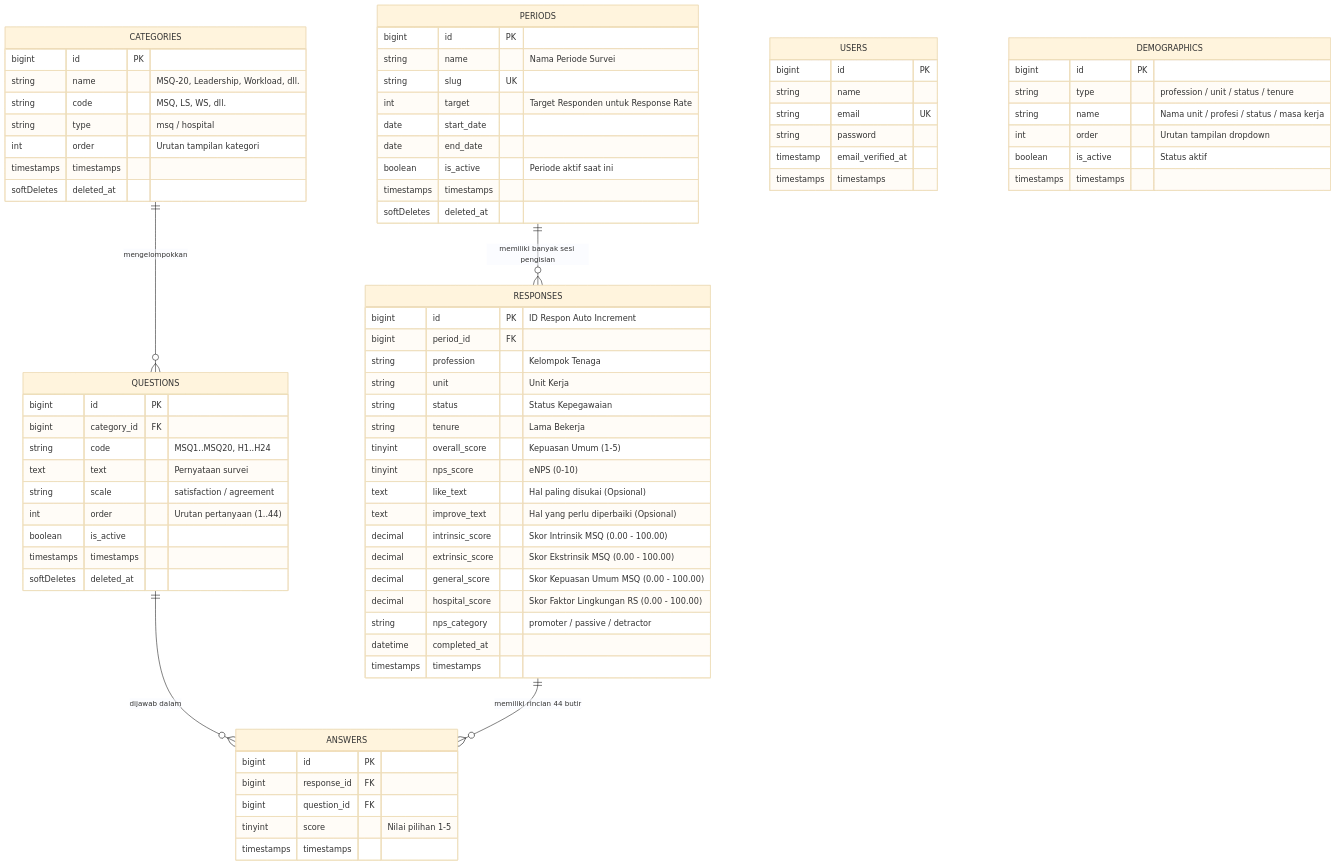
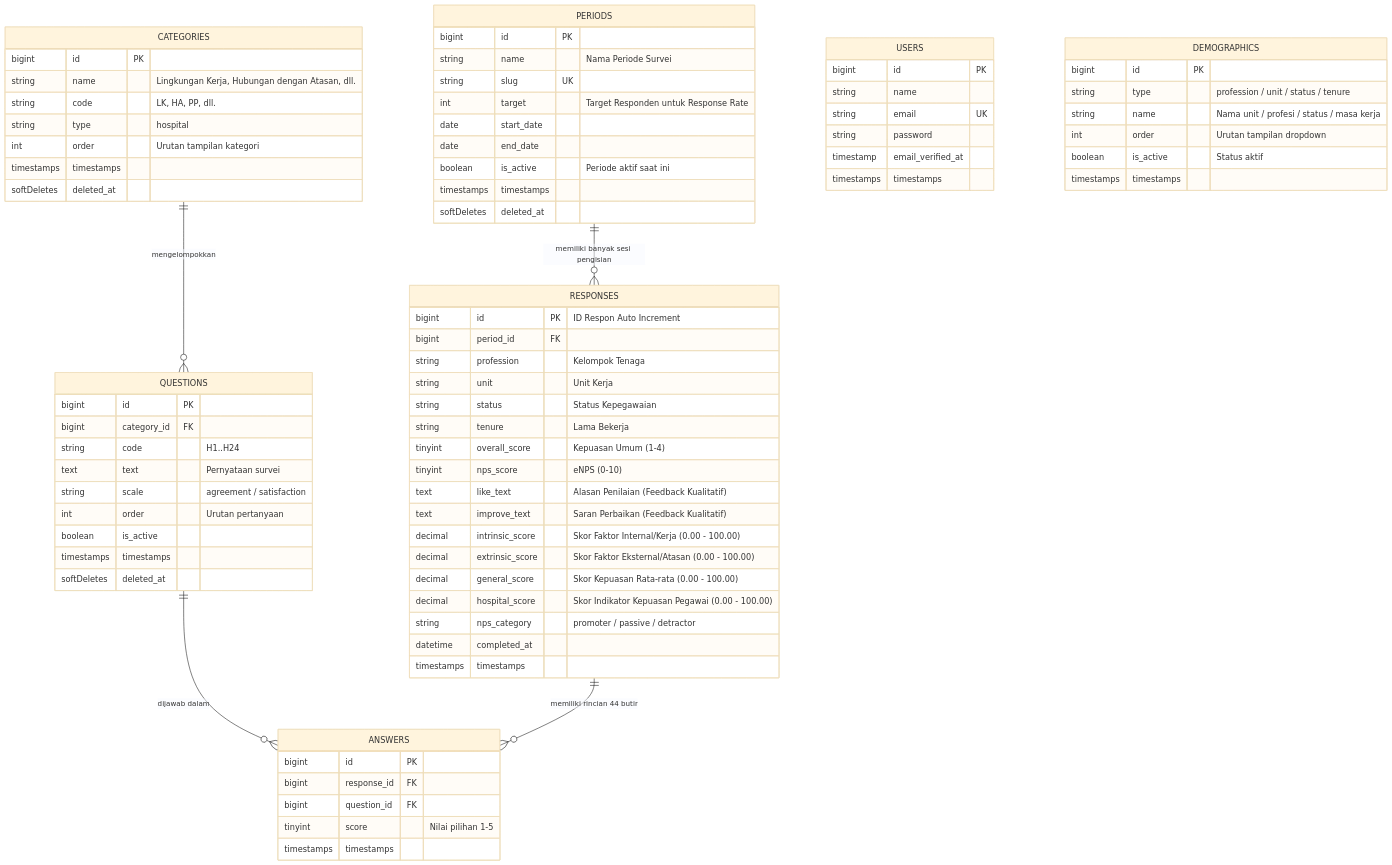
Before and after one commit to Amadd11/HESS: the diagram in docs/erd.md, drawn with Mermaid (base theme). The commit also changed other lines of this file and 60 other files, not shown here.

```diff
--- a/docs/erd.md
+++ b/docs/erd.md
@@ -55,9 +55,9 @@
 
     CATEGORIES {
         bigint id PK
-        string name "MSQ-20, Leadership, Workload, dll."
-        string code "MSQ, LS, WS, dll."
-        string type "msq / hospital"
+        string name "Lingkungan Kerja, Hubungan dengan Atasan, dll."
+        string code "LK, HA, PP, dll."
+        string type "hospital"
         int order "Urutan tampilan kategori"
         timestamps timestamps
         softDeletes deleted_at
@@ -66,10 +66,10 @@
     QUESTIONS {
         bigint id PK
         bigint category_id FK
-        string code "MSQ1..MSQ20, H1..H24"
+        string code "H1..H24"
         text text "Pernyataan survei"
-        string scale "satisfaction / agreement"
-        int order "Urutan pertanyaan (1..44)"
+        string scale "agreement / satisfaction"
+        int order "Urutan pertanyaan"
         boolean is_active
         timestamps timestamps
         softDeletes deleted_at
@@ -82,14 +82,14 @@
         string unit "Unit Kerja"
         string status "Status Kepegawaian"
         string tenure "Lama Bekerja"
-        tinyint overall_score "Kepuasan Umum (1-5)"
+        tinyint overall_score "Kepuasan Umum (1-4)"
         tinyint nps_score "eNPS (0-10)"
-        text like_text "Hal paling disukai (Opsional)"
-        text improve_text "Hal yang perlu diperbaiki (Opsional)"
-        decimal intrinsic_score "Skor Intrinsik MSQ (0.00 - 100.00)"
-        decimal extrinsic_score "Skor Ekstrinsik MSQ (0.00 - 100.00)"
-        decimal general_score "Skor Kepuasan Umum MSQ (0.00 - 100.00)"
-        decimal hospital_score "Skor Faktor Lingkungan RS (0.00 - 100.00)"
+        text like_text "Alasan Penilaian (Feedback Kualitatif)"
+        text improve_text "Saran Perbaikan (Feedback Kualitatif)"
+        decimal intrinsic_score "Skor Faktor Internal/Kerja (0.00 - 100.00)"
+        decimal extrinsic_score "Skor Faktor Eksternal/Atasan (0.00 - 100.00)"
+        decimal general_score "Skor Kepuasan Rata-rata (0.00 - 100.00)"
+        decimal hospital_score "Skor Indikator Kepuasan Pegawai (0.00 - 100.00)"
         string nps_category "promoter / passive / detractor"
         datetime completed_at
         timestamps timestamps
```
